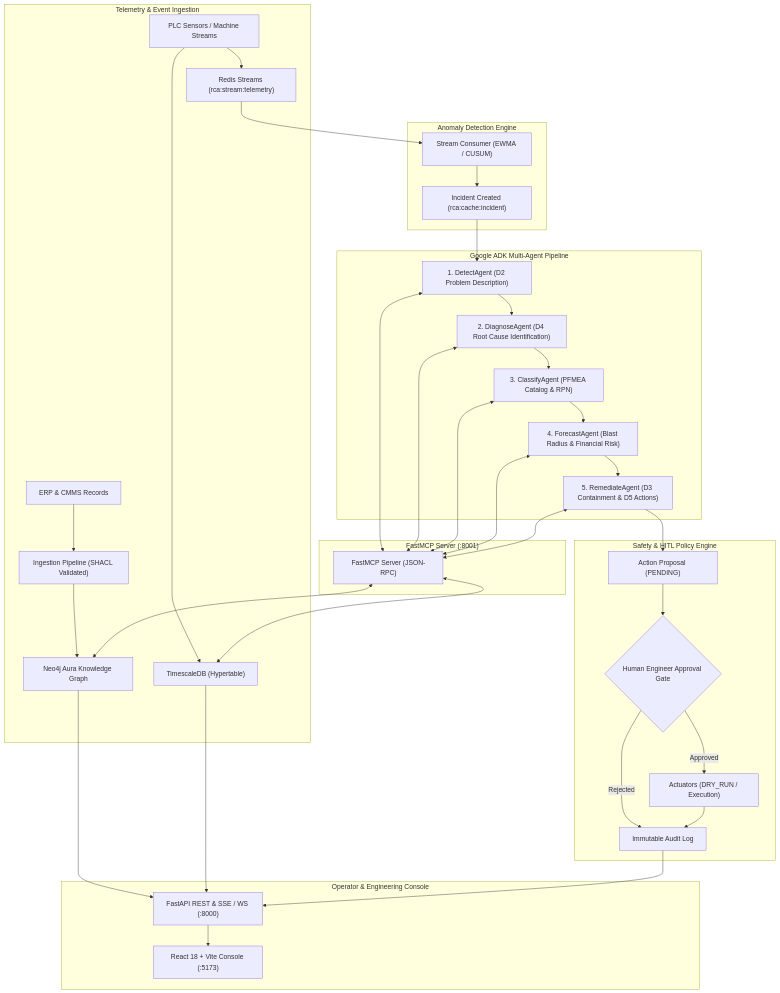
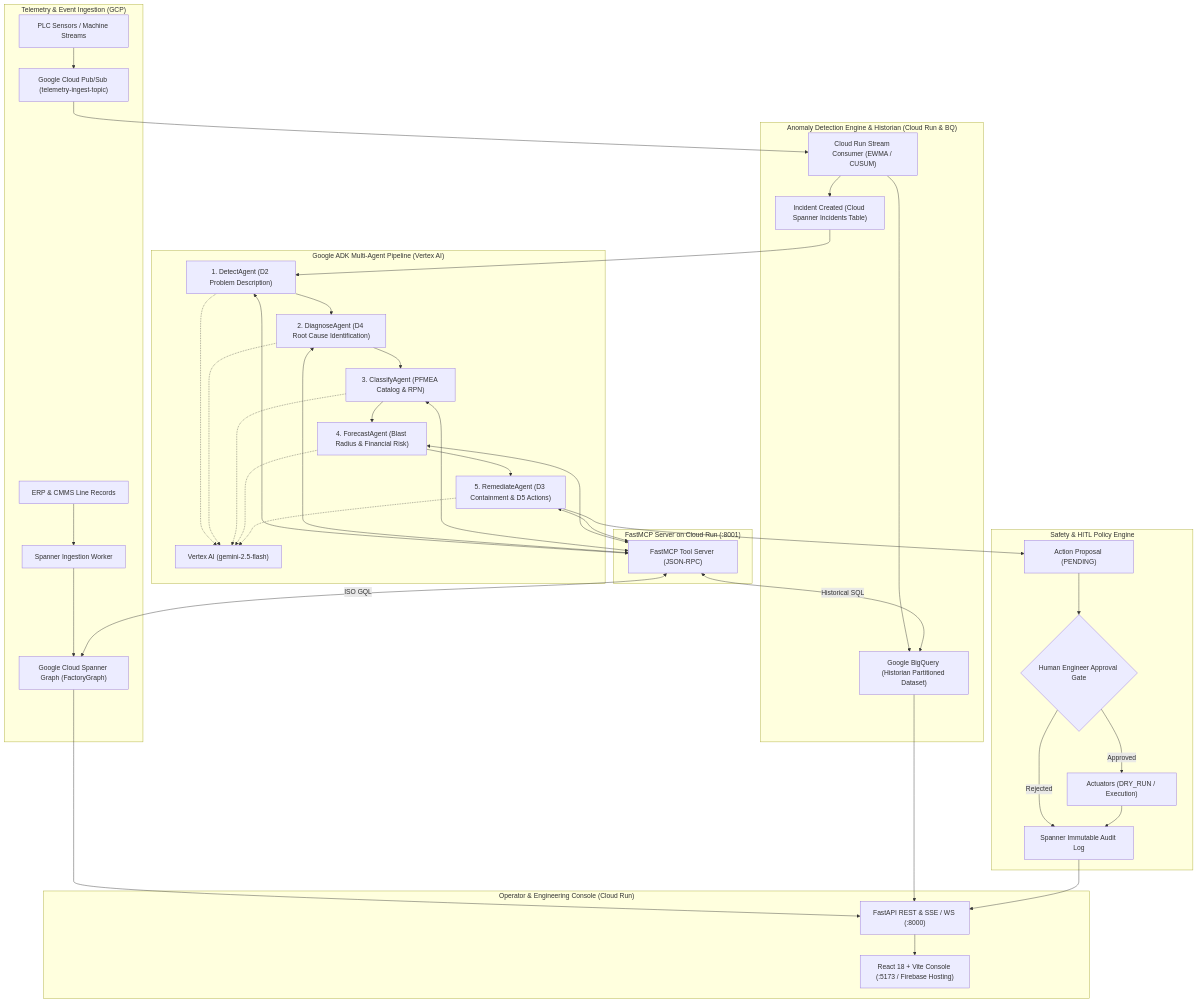
Before and after one commit to AneeketDeo/Interlock: the diagram in rca-sentinel/README.md, drawn with Mermaid. The commit also changed other lines of this file and 146 other files, not shown here.

Commit message:
migrated from neo4j, timescaledb, redis to spanner, big query and pub/sub

````diff
--- a/rca-sentinel/README.md
+++ b/rca-sentinel/README.md
@@ -63,43 +64,44 @@
 ```mermaid
 flowchart TD
-    subgraph DataPlane ["Telemetry & Event Ingestion"]
-        PLC["PLC Sensors / Machine Streams"] --> TS["TimescaleDB (Hypertable)"]
-        PLC --> RS["Redis Streams (rca:stream:telemetry)"]
-        ERP["ERP & CMMS Records"] --> ING["Ingestion Pipeline (SHACL Validated)"]
-        ING --> NEO["Neo4j Aura Knowledge Graph"]
+    subgraph DataPlane ["Telemetry & Event Ingestion (GCP)"]
+        PLC["PLC Sensors / Machine Streams"] --> PS["Google Cloud Pub/Sub (telemetry-ingest-topic)"]
+        ERP["ERP & CMMS Line Records"] --> SPAN_ING["Spanner Ingestion Worker"]
+        SPAN_ING --> SPAN["Google Cloud Spanner Graph (FactoryGraph)"]
     end
 
-    subgraph DetectionPlane ["Anomaly Detection Engine"]
-        RS --> DET["Stream Consumer (EWMA / CUSUM)"]
-        DET --> INC["Incident Created (rca:cache:incident)"]
+    subgraph DetectionPlane ["Anomaly Detection Engine & Historian (Cloud Run & BQ)"]
+        PS --> DET["Cloud Run Stream Consumer (EWMA / CUSUM)"]
+        DET --> BQ["Google BigQuery (Historian Partitioned Dataset)"]
+        DET --> INC["Incident Created (Cloud Spanner Incidents Table)"]
     end
 
-    subgraph AgenticPipeline ["Google ADK Multi-Agent Pipeline"]
+    subgraph AgenticPipeline ["Google ADK Multi-Agent Pipeline (Vertex AI)"]
         INC --> AG1["1. DetectAgent (D2 Problem Description)"]
         AG1 --> AG2["2. DiagnoseAgent (D4 Root Cause Identification)"]
         AG2 --> AG3["3. ClassifyAgent (PFMEA Catalog & RPN)"]
         AG3 --> AG4["4. ForecastAgent (Blast Radius & Financial Risk)"]
         AG4 --> AG5["5. RemediateAgent (D3 Containment & D5 Actions)"]
+        AG1 & AG2 & AG3 & AG4 & AG5 -.-> VAI["Vertex AI (gemini-2.5-flash)"]
     end
 
-    subgraph MCPPlane ["FastMCP Server (:8001)"]
-        AG1 & AG2 & AG3 & AG4 & AG5 <--> MCP["FastMCP Server (JSON-RPC)"]
-        MCP <--> NEO
-        MCP <--> TS
+    subgraph MCPPlane ["FastMCP Server on Cloud Run (:8001)"]
+        AG1 & AG2 & AG3 & AG4 & AG5 <--> MCP["FastMCP Tool Server (JSON-RPC)"]
+        MCP <--> |"ISO GQL"| SPAN
+        MCP <--> |"Historical SQL"| BQ
     end
 
     subgraph SafetyPlane ["Safety & HITL Policy Engine"]
         AG5 --> PROP["Action Proposal (PENDING)"]
         PROP --> APPR{"Human Engineer Approval Gate"}
         APPR -- "Approved" --> ACT["Actuators (DRY_RUN / Execution)"]
-        APPR -- "Rejected" --> AUDIT["Immutable Audit Log"]
+        APPR -- "Rejected" --> AUDIT["Spanner Immutable Audit Log"]
         ACT --> AUDIT
     end
 
-    subgraph Presentation ["Operator & Engineering Console"]
+    subgraph Presentation ["Operator & Engineering Console (Cloud Run)"]
         API["FastAPI REST & SSE / WS (:8000)"]
-        UI["React 18 + Vite Console (:5173)"]
-        NEO & TS & AUDIT --> API
+        UI["React 18 + Vite Console (:5173 / Firebase Hosting)"]
+        SPAN & BQ & AUDIT --> API
         API --> UI
     end
 ```
````
